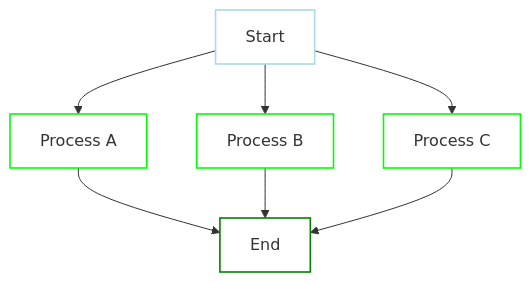
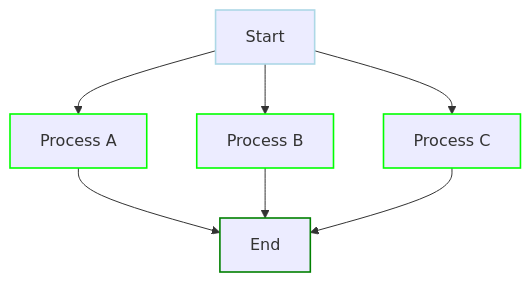
The second of 8 diagrams in docs-next/writing-workflows/examples/index.md (dagu-org/dagu), drawn with Mermaid before and after one commit. The commit also changed other lines of this file and 8 other files, not shown here.

````diff
--- a/docs-next/writing-workflows/examples/index.md
+++ b/docs-next/writing-workflows/examples/index.md
@@ -48,14 +47,14 @@
 ```mermaid
 graph TD
     A[Start] --> B[Process A]
     A --> C[Process B]
     A --> D[Process C]
     B --> E[End]
     C --> E
     D --> E
-    style A fill:white,stroke:lightblue,stroke-width:1.6px,color:#333
-    style B fill:white,stroke:lime,stroke-width:1.6px,color:#333
-    style C fill:white,stroke:lime,stroke-width:1.6px,color:#333
-    style D fill:white,stroke:lime,stroke-width:1.6px,color:#333
-    style E fill:white,stroke:green,stroke-width:1.6px,color:#333
+    style A stroke:lightblue,stroke-width:1.6px,color:#333
+    style B stroke:lime,stroke-width:1.6px,color:#333
+    style C stroke:lime,stroke-width:1.6px,color:#333
+    style D stroke:lime,stroke-width:1.6px,color:#333
+    style E stroke:green,stroke-width:1.6px,color:#333
 ```
````
